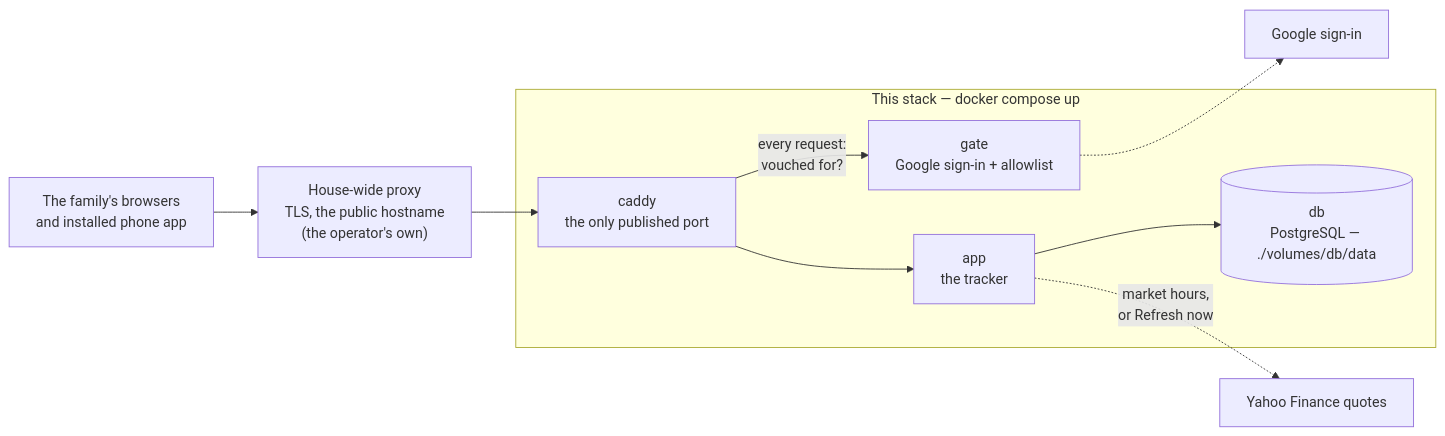
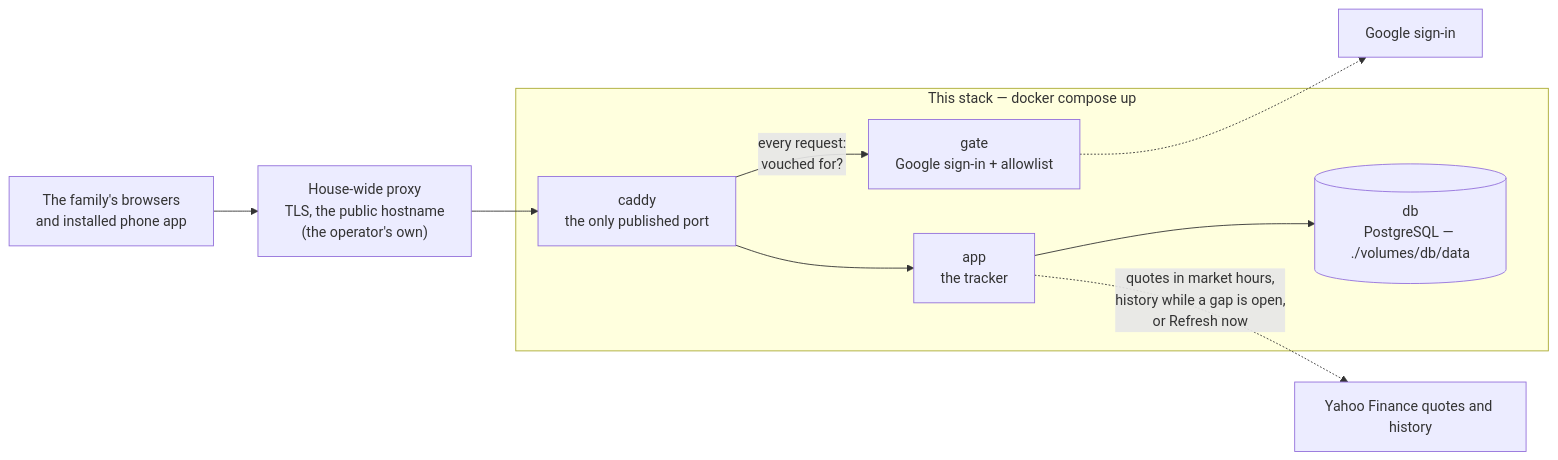
The diagram in README.md (chethan123/portfolio), drawn with Mermaid before and after one commit. The commit also changed other lines of this file and 14 other files, not shown here.

````diff
--- a/README.md
+++ b/README.md
@@ -445,22 +445,22 @@
 ```mermaid
 graph LR
     browser["The family's browsers<br/>and installed phone app"]
     house["House-wide proxy<br/>TLS, the public hostname<br/>(the operator's own)"]
 
     subgraph stack["This stack — docker compose up"]
         caddy["caddy<br/>the only published port"]
         gate["gate<br/>Google sign-in + allowlist"]
         app["app<br/>the tracker"]
         db[("db<br/>PostgreSQL — ./volumes/db/data")]
     end
 
     google["Google sign-in"]
-    yahoo["Yahoo Finance quotes"]
+    yahoo["Yahoo Finance quotes and history"]
 
     browser --> house --> caddy
     caddy -->|"every request:<br/>vouched for?"| gate
     caddy --> app
     gate -.-> google
     app --> db
-    app -.->|market hours,<br/>or Refresh now| yahoo
+    app -.->|quotes in market hours,<br/>history while a gap is open,<br/>or Refresh now| yahoo
 ```
````
